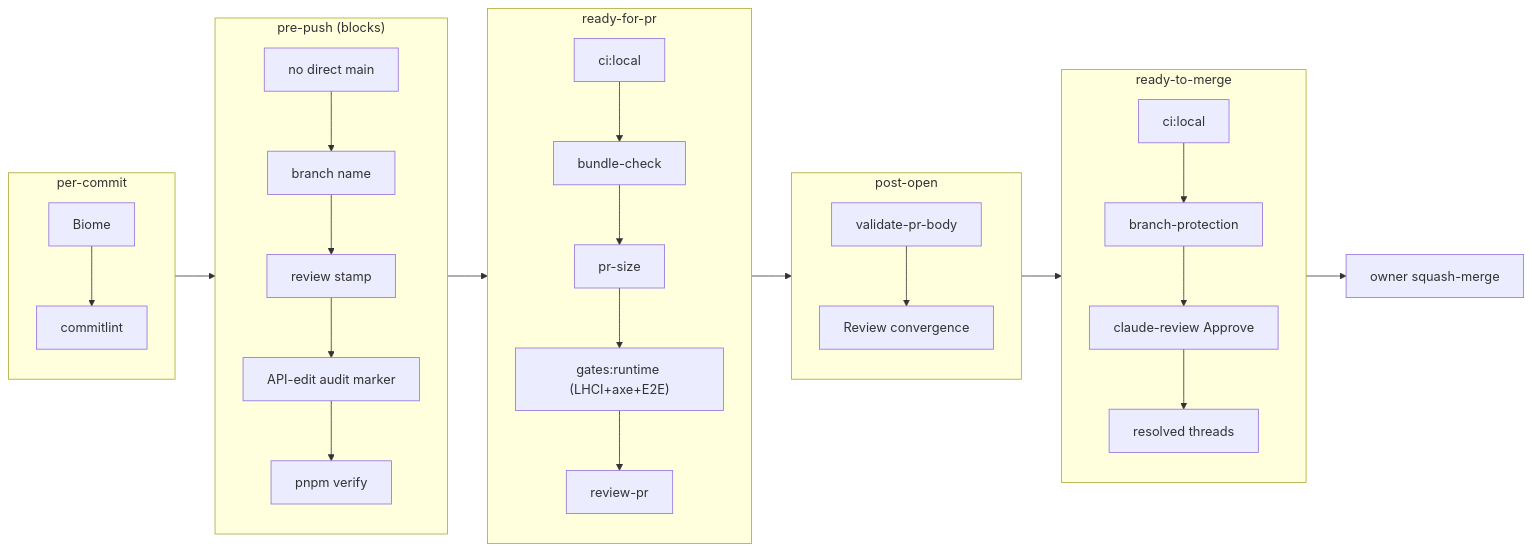
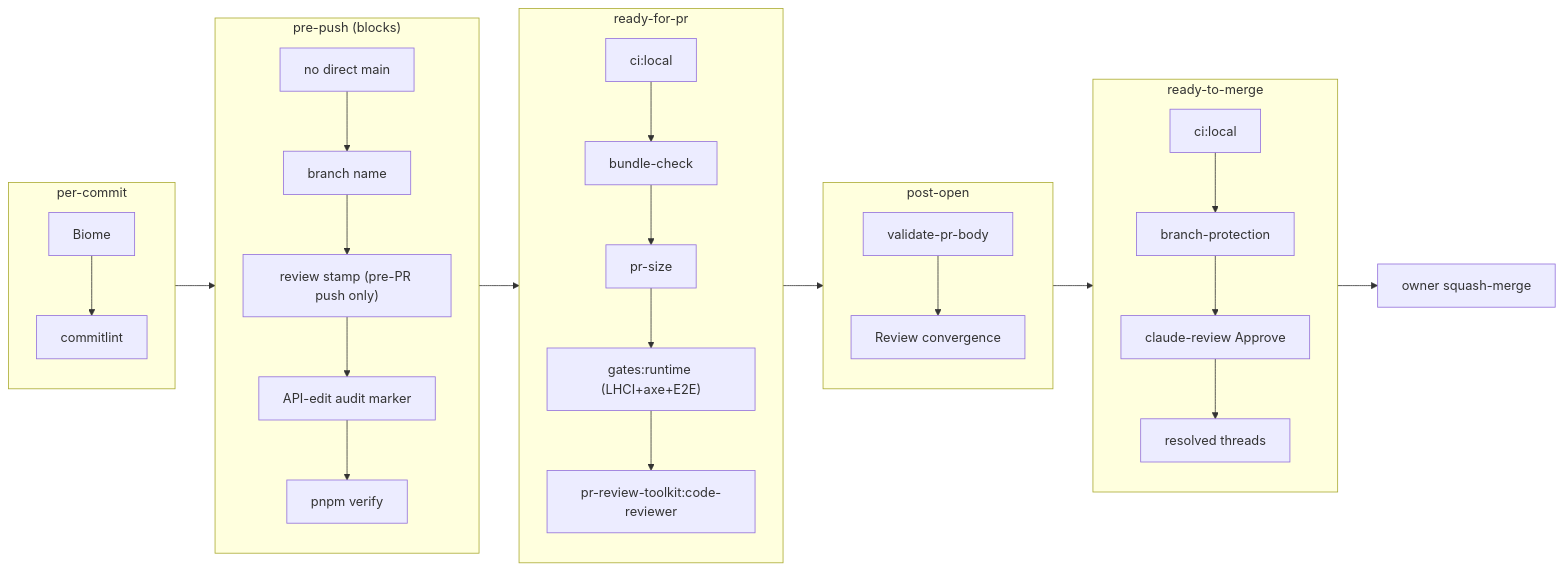
Before and after one commit to erikunha/portfolio: the second of 2 diagrams in docs/handbook/development-lifecycle.md, drawn with Mermaid. The commit also changed other lines of this file and 42 other files, not shown here.

````diff
--- a/docs/handbook/development-lifecycle.md
+++ b/docs/handbook/development-lifecycle.md
@@ -69,19 +69,19 @@
 ```mermaid
 flowchart LR
     subgraph commit["per-commit"]
         g1["Biome"] --> g2["commitlint"]
     end
     subgraph prepush["pre-push (blocks)"]
-        g3["no direct main"] --> g4["branch name"] --> g5["review stamp"] --> g6["API-edit audit marker"] --> g7["pnpm verify"]
+        g3["no direct main"] --> g4["branch name"] --> g5["review stamp (pre-PR push only)"] --> g6["API-edit audit marker"] --> g7["pnpm verify"]
     end
     subgraph prepr["ready-for-pr"]
-        g8["ci:local"] --> g9["bundle-check"] --> g10["pr-size"] --> g11["gates:runtime (LHCI+axe+E2E)"] --> g12["review-pr"]
+        g8["ci:local"] --> g9["bundle-check"] --> g10["pr-size"] --> g11["gates:runtime (LHCI+axe+E2E)"] --> g12["pr-review-toolkit:code-reviewer"]
     end
     subgraph open["post-open"]
         g13["validate-pr-body"] --> g14["Review convergence"]
     end
     subgraph premerge["ready-to-merge"]
         g15["ci:local"] --> g16["branch-protection"] --> g17["claude-review Approve"] --> g18["resolved threads"]
     end
     commit --> prepush --> prepr --> open --> premerge --> merge["owner squash-merge"]
 ```
````
